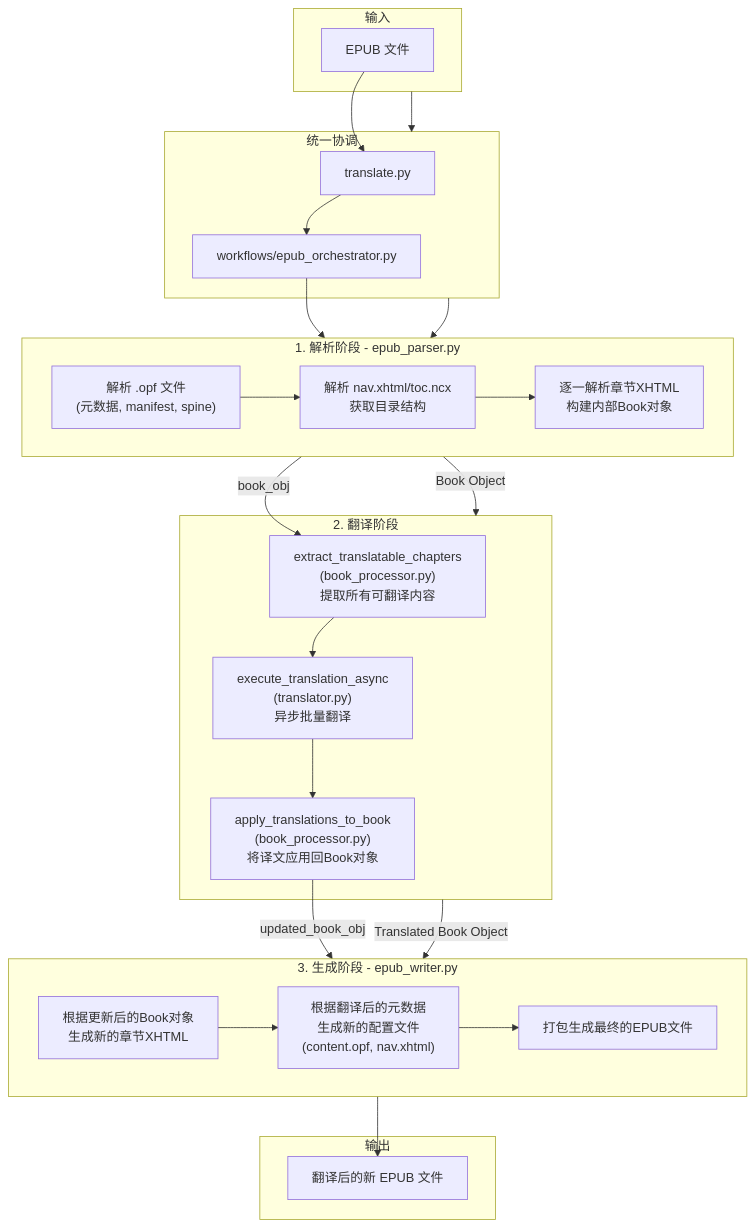
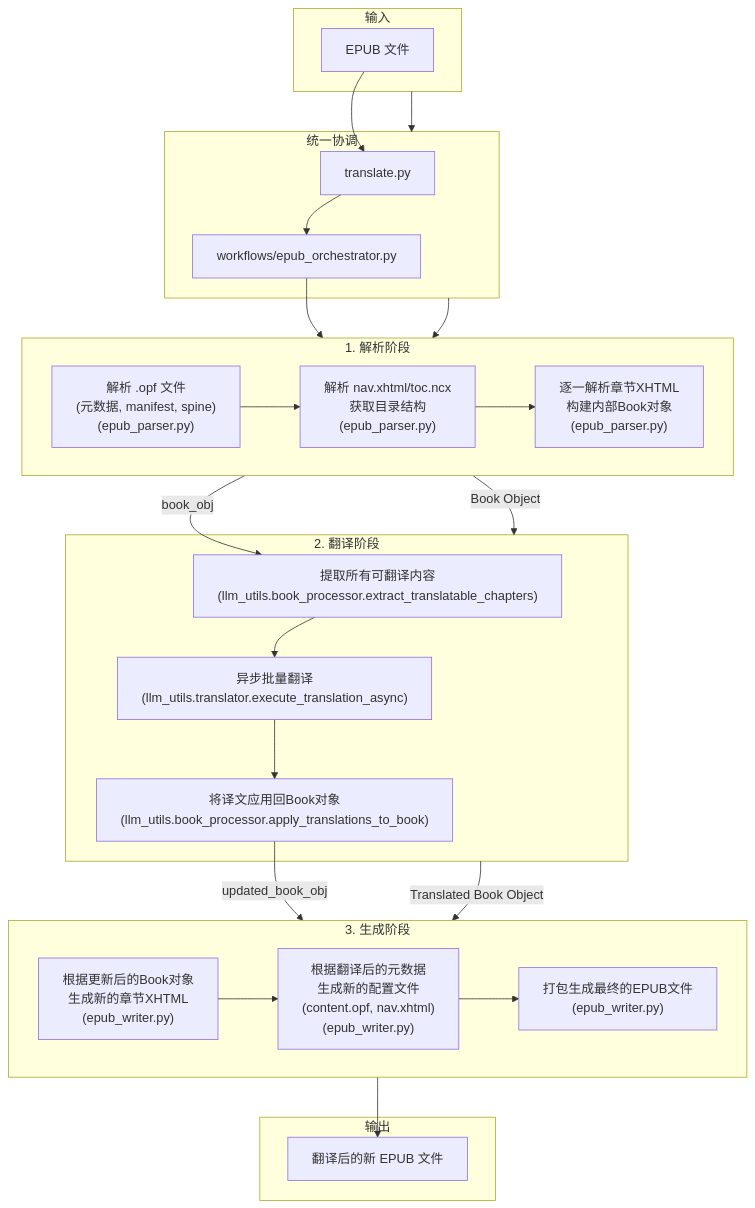
Before and after one commit to kuniyao/MultiMediaGenAI: the first of 2 diagrams in README.md, drawn with Mermaid. The commit also changed other lines of this file and 6 other files, not shown here.

````diff
--- a/README.md
+++ b/README.md
@@ -74,42 +89,42 @@
 ```mermaid
 graph TD;
     subgraph Input [输入]
         A[EPUB 文件]
     end
 
     subgraph Orchestration [统一协调]
         O1[translate.py]
         O2[workflows/epub_orchestrator.py]
     end
 
-    subgraph Parsing [1. 解析阶段 - epub_parser.py]
+    subgraph Parsing [1. 解析阶段]
         direction LR
-        B1["解析 .opf 文件<br>(元数据, manifest, spine)"]
-        B2["解析 nav.xhtml/toc.ncx<br>获取目录结构"]
-        B3["逐一解析章节XHTML<br>构建内部Book对象"]
+        B1["解析 .opf 文件<br>(元数据, manifest, spine)<br>(epub_parser.py)"]
+        B2["解析 nav.xhtml/toc.ncx<br>获取目录结构<br>(epub_parser.py)"]
+        B3["逐一解析章节XHTML<br>构建内部Book对象<br>(epub_parser.py)"]
     end
 
     subgraph Processing [2. 翻译阶段]
-        C1["extract_translatable_chapters<br>(book_processor.py)<br>提取所有可翻译内容"]
-        C2["execute_translation_async<br>(translator.py)<br>异步批量翻译"]
-        C3["apply_translations_to_book<br>(book_processor.py)<br>将译文应用回Book对象"]
+        C1["提取所有可翻译内容<br>(llm_utils.book_processor.extract_translatable_chapters)"]
+        C2["异步批量翻译<br>(llm_utils.translator.execute_translation_async)"]
+        C3["将译文应用回Book对象<br>(llm_utils.book_processor.apply_translations_to_book)"]
     end
 
-    subgraph Writing [3. 生成阶段 - epub_writer.py]
+    subgraph Writing [3. 生成阶段]
         direction LR
-        D1["根据更新后的Book对象<br>生成新的章节XHTML"]
-        D2["根据翻译后的元数据<br>生成新的配置文件<br>(content.opf, nav.xhtml)"]
-        D3["打包生成最终的EPUB文件"]
+        D1["根据更新后的Book对象<br>生成新的章节XHTML<br>(epub_writer.py)"]
+        D2["根据翻译后的元数据<br>生成新的配置文件<br>(content.opf, nav.xhtml)<br>(epub_writer.py)"]
+        D3["打包生成最终的EPUB文件<br>(epub_writer.py)"]
     end
 
     Input --> Orchestration --> Parsing;
     A --> O1 --> O2 --> B1 --> B2 --> B3;
     Parsing -- Book Object --> Processing;
     B3 -- book_obj --> C1 --> C2 --> C3;
     Processing -- Translated Book Object --> Writing;
     C3 -- updated_book_obj --> D1 --> D2 --> D3;
     subgraph Output [输出]
         E[翻译后的新 EPUB 文件]
     end
     D3 --> E;
 ```
````
